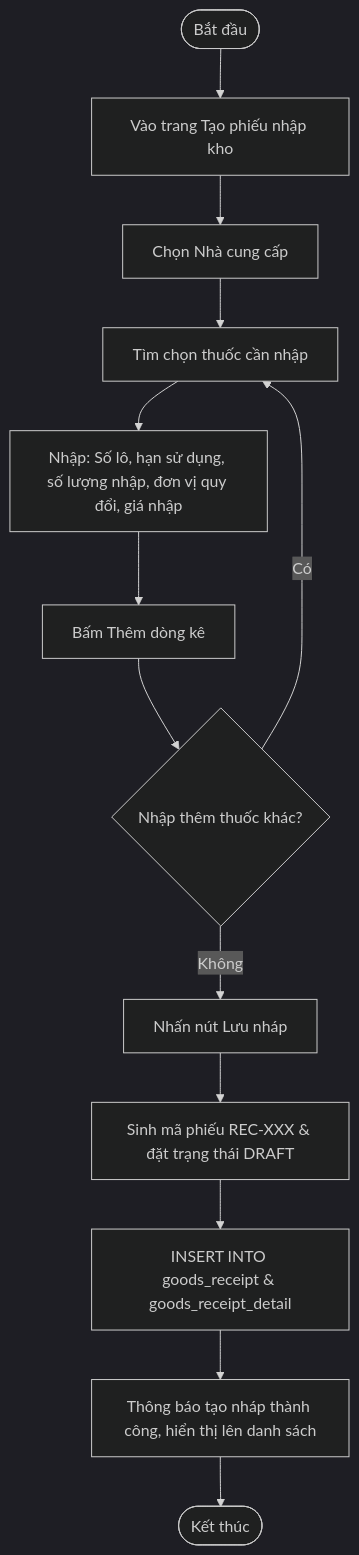
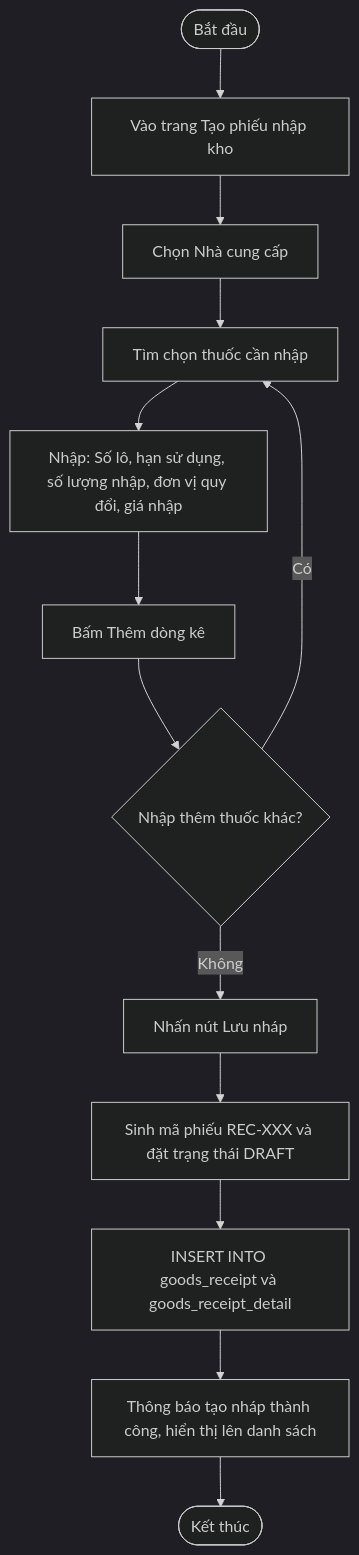
Diagram 22 of 32 in a.md (ngocuyenle15/PIS-CNPM), drawn with Mermaid (dark theme) before and after one commit. The commit also changed other lines of this file, not shown here.

````diff
--- a/a.md
+++ b/a.md
@@ -299,14 +299,14 @@
 ```mermaid
 flowchart TD
     Start([Bắt đầu]) --> OpenReceipt[Vào trang Tạo phiếu nhập kho]
     OpenReceipt --> SelectSupplier[Chọn Nhà cung cấp]
     SelectSupplier --> SelectMedicine[Tìm chọn thuốc cần nhập]
     SelectMedicine --> InputBatch[Nhập: Số lô, hạn sử dụng, số lượng nhập, đơn vị quy đổi, giá nhập]
     InputBatch --> AddItem[Bấm Thêm dòng kê]
     AddItem --> MoreItem{Nhập thêm thuốc khác?}
     MoreItem -- Có --> SelectMedicine
     MoreItem -- Không --> ClickSaveDraft[Nhấn nút Lưu nháp]
-    ClickSaveDraft --> GenCode[Sinh mã phiếu REC-XXX & đặt trạng thái DRAFT]
-    GenCode --> InsertReceipt[INSERT INTO goods_receipt & goods_receipt_detail]
+    ClickSaveDraft --> GenCode[Sinh mã phiếu REC-XXX và đặt trạng thái DRAFT]
+    GenCode --> InsertReceipt[INSERT INTO goods_receipt và goods_receipt_detail]
     InsertReceipt --> ShowSuccess[Thông báo tạo nháp thành công, hiển thị lên danh sách] --> End([Kết thúc])
 ```
````
